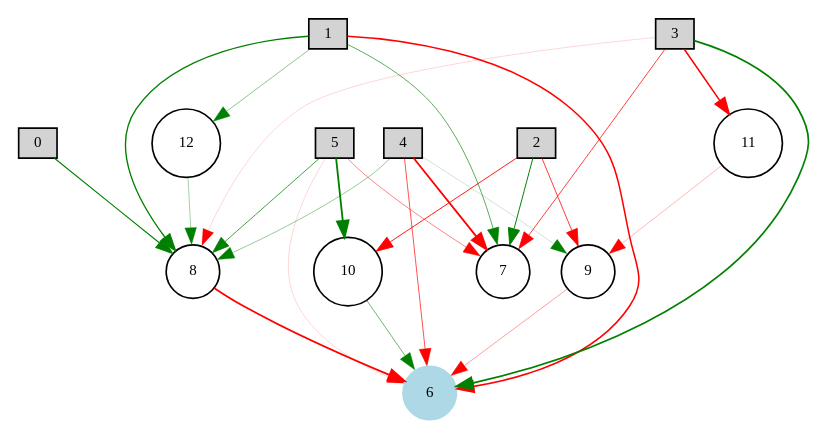
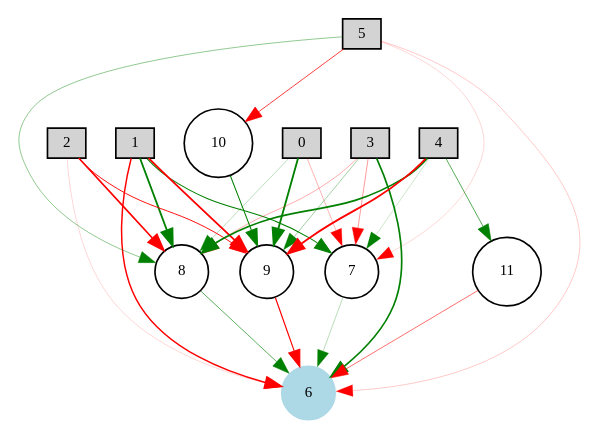
Before and after one commit to arkadyark/PongAI: the diagram in 2015-2016/neat_ai/nn_winner-enabled.gv, drawn with Graphviz. The commit also changed 25 other files, not shown here.

```diff
--- a/2015-2016/neat_ai/nn_winner-enabled.gv
+++ b/2015-2016/neat_ai/nn_winner-enabled.gv
@@ -1,35 +1,37 @@
 digraph {
 	node [fontsize=9 height=0.2 shape=circle width=0.2]
 		0 [shape=box style=filled]
 		1 [shape=box style=filled]
 		2 [shape=box style=filled]
 		3 [shape=box style=filled]
 		4 [shape=box style=filled]
 		5 [shape=box style=filled]
 		6 [color=lightblue style=filled]
-			4 -> 7 [color=red penwidth=1.05332802698 style=solid]
-			4 -> 8 [color=green penwidth=0.250861538244 style=solid]
-			5 -> 6 [color=red penwidth=0.102260877668 style=solid]
-			10 -> 6 [color=green penwidth=0.344086376822 style=solid]
-			3 -> 11 [color=red penwidth=0.873056754317 style=solid]
-			1 -> 6 [color=red penwidth=0.920977682686 style=solid]
-			3 -> 7 [color=red penwidth=0.452952467909 style=solid]
-			5 -> 8 [color=green penwidth=0.438267523654 style=solid]
-			4 -> 9 [color=green penwidth=0.115423882877 style=solid]
-			2 -> 9 [color=red penwidth=0.459237041647 style=solid]
-			3 -> 6 [color=green penwidth=1.01471841512 style=solid]
-			8 -> 6 [color=red penwidth=1.04926084947 style=solid]
-			11 -> 9 [color=red penwidth=0.165003001039 style=solid]
-			2 -> 10 [color=red penwidth=0.538969277876 style=solid]
-			0 -> 8 [color=green penwidth=0.675013541927 style=solid]
-			9 -> 6 [color=red penwidth=0.234851502905 style=solid]
-			2 -> 7 [color=green penwidth=0.591565009035 style=solid]
-			5 -> 10 [color=green penwidth=1.1 style=solid]
-			4 -> 6 [color=red penwidth=0.414949001389 style=solid]
-			1 -> 12 [color=green penwidth=0.270460170766 style=solid]
-			5 -> 7 [color=red penwidth=0.294969932647 style=solid]
-			3 -> 8 [color=red penwidth=0.104028110346 style=solid]
-			1 -> 8 [color=green penwidth=0.820212865783 style=solid]
-			1 -> 7 [color=green penwidth=0.390641375753 style=solid]
-			12 -> 8 [color=green penwidth=0.220915704213 style=solid]
+			4 -> 7 [color=green penwidth=0.12223112079 style=solid]
+			4 -> 8 [color=green penwidth=1.03039774423 style=solid]
+			5 -> 6 [color=red penwidth=0.128313712359 style=solid]
+			2 -> 8 [color=red penwidth=0.992174455445 style=solid]
+			0 -> 7 [color=red penwidth=0.181136802415 style=solid]
+			1 -> 6 [color=red penwidth=0.876361536796 style=solid]
+			3 -> 7 [color=red penwidth=0.23663591882 style=solid]
+			5 -> 8 [color=green penwidth=0.264509623683 style=solid]
+			4 -> 9 [color=red penwidth=1.1 style=solid]
+			2 -> 9 [color=red penwidth=0.56356219186 style=solid]
+			7 -> 6 [color=green penwidth=0.165585300342 style=solid]
+			3 -> 6 [color=green penwidth=0.999734995422 style=solid]
+			8 -> 6 [color=green penwidth=0.376710483828 style=solid]
+			10 -> 9 [color=green penwidth=0.617056390366 style=solid]
+			2 -> 6 [color=red penwidth=0.10342865607 style=solid]
+			3 -> 9 [color=green penwidth=0.221573385783 style=solid]
+			1 -> 9 [color=red penwidth=1.1 style=solid]
+			0 -> 8 [color=green penwidth=0.159706728741 style=solid]
+			9 -> 6 [color=red penwidth=0.689426472457 style=solid]
+			4 -> 11 [color=green penwidth=0.395548660193 style=solid]
+			5 -> 10 [color=red penwidth=0.453607877026 style=solid]
+			5 -> 7 [color=red penwidth=0.102051612322 style=solid]
+			3 -> 8 [color=red penwidth=0.197342748691 style=solid]
+			1 -> 8 [color=green penwidth=1.1 style=solid]
+			1 -> 7 [color=green penwidth=0.61584828945 style=solid]
+			0 -> 9 [color=green penwidth=1.1 style=solid]
+			11 -> 6 [color=red penwidth=0.335219445727 style=solid]
 }
```
